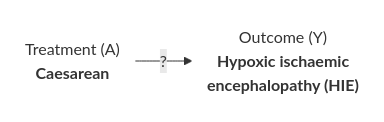
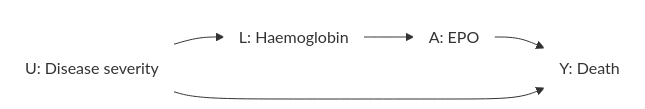
Before and after one commit to birth-outcomes/birth_outcomes_summary: diagram 20 of 22 in book_birth_outcomes_summary/design_causal.md, drawn with Mermaid. The commit also changed other lines of this file and 3 other files, not shown here.

`````diff
--- a/book_birth_outcomes_summary/design_causal.md
+++ b/book_birth_outcomes_summary/design_causal.md
@@ -564,12 +530,16 @@
 ````{mermaid}
   flowchart LR;
 
-    A("Treatment (A)<br><b>Caesarean</b>"):::white;
-    Y("Outcome (Y)<br><b>Hypoxic ischaemic<br>encephalopathy (HIE)</b>"):::white;
+    l("L: Haemoglobin"):::white;
+    a("A: EPO"):::white;
+    y("Y: Death"):::white;
+    u("U: Disease severity"):::white;
 
-    A -->|?| Y;
+    l --> a;
+    a --> y;
+    u --> y;
+    u --> l;
 
-    classDef white fill:#FFFFFF, stroke:#FFFFFF;
-    classDef black fill:#FFFFFF, stroke:#000000;
-    classDef empty width:0px,height:0px;
+    classDef white fill:#FFFFFF, stroke:#FFFFFF
+    classDef black fill:#FFFFFF, stroke:#000000
 ````
`````
